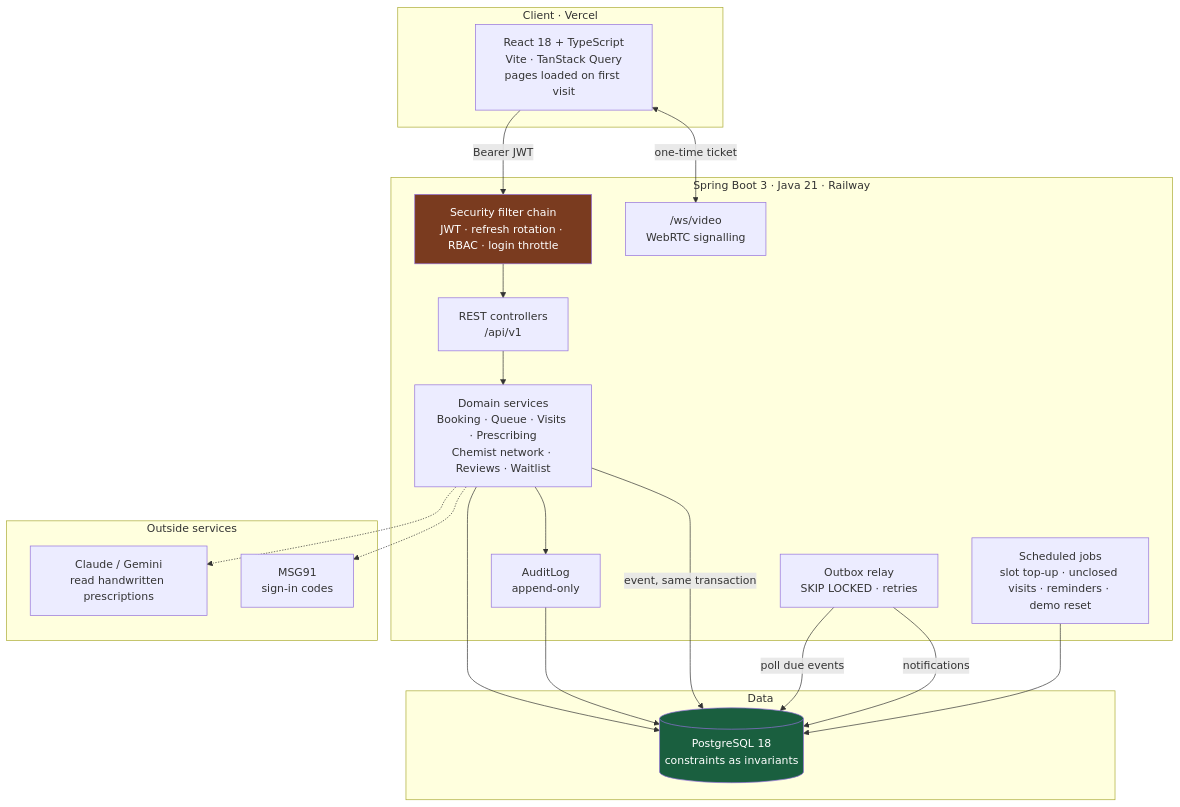
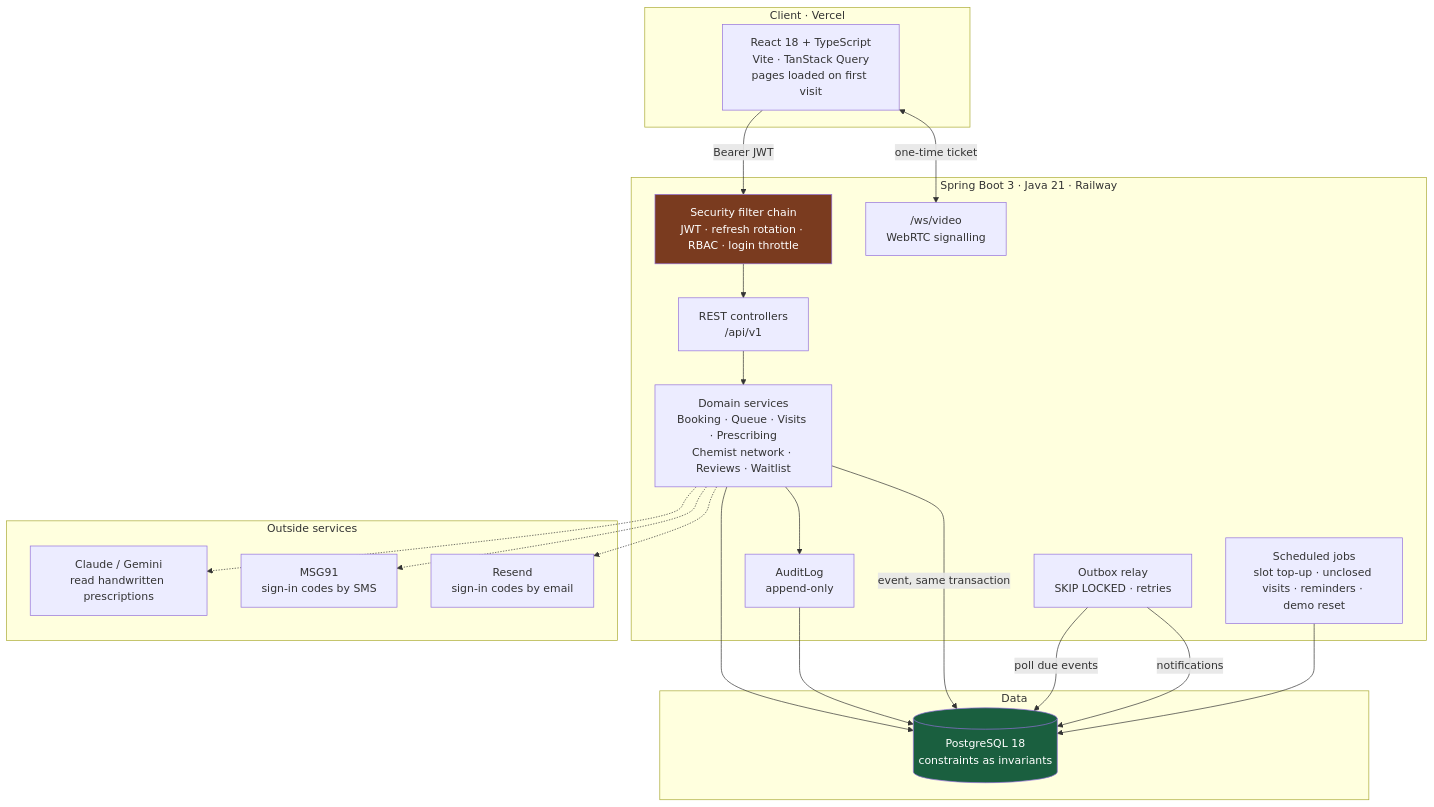
Before and after one commit to Manu-code-all/Medicity: the diagram in README.md, drawn with Mermaid. The commit also changed other lines of this file and 19 other files, not shown here.

First line of the commit message:
Sign in with a code emailed through Resend

````diff
--- a/README.md
+++ b/README.md
@@ -152,39 +152,41 @@
 ```mermaid
 flowchart TB
     subgraph client [Client · Vercel]
         WEB["React 18 + TypeScript<br/>Vite · TanStack Query<br/>pages loaded on first visit"]
     end
 
     subgraph api [Spring Boot 3 · Java 21 · Railway]
         SEC["Security filter chain<br/>JWT · refresh rotation · RBAC · login throttle"]
         CTL["REST controllers<br/>/api/v1"]
         SVC["Domain services<br/>Booking · Queue · Visits · Prescribing<br/>Chemist network · Reviews · Waitlist"]
         AUD["AuditLog<br/>append-only"]
         OUT["Outbox relay<br/>SKIP LOCKED · retries"]
         JOBS["Scheduled jobs<br/>slot top-up · unclosed visits · reminders · demo reset"]
         SIG["/ws/video<br/>WebRTC signalling"]
     end
 
     subgraph data [Data]
         PG[("PostgreSQL 18<br/>constraints as invariants")]
     end
 
     subgraph ext [Outside services]
         AI["Claude / Gemini<br/>read handwritten prescriptions"]
-        SMS["MSG91<br/>sign-in codes"]
+        SMS["MSG91<br/>sign-in codes by SMS"]
+        MAIL["Resend<br/>sign-in codes by email"]
     end
 
     WEB -->|"Bearer JWT"| SEC
     WEB <-->|"one-time ticket"| SIG
     SEC --> CTL --> SVC --> PG
     SVC --> AUD --> PG
     SVC -->|"event, same transaction"| PG
     OUT -->|"poll due events"| PG
     OUT -->|"notifications"| PG
     JOBS --> PG
     SVC -.-> AI
     SVC -.-> SMS
+    SVC -.-> MAIL
 
     style PG fill:#1a5f3f,color:#fff
     style SEC fill:#7a3b1f,color:#fff
 ```
````
